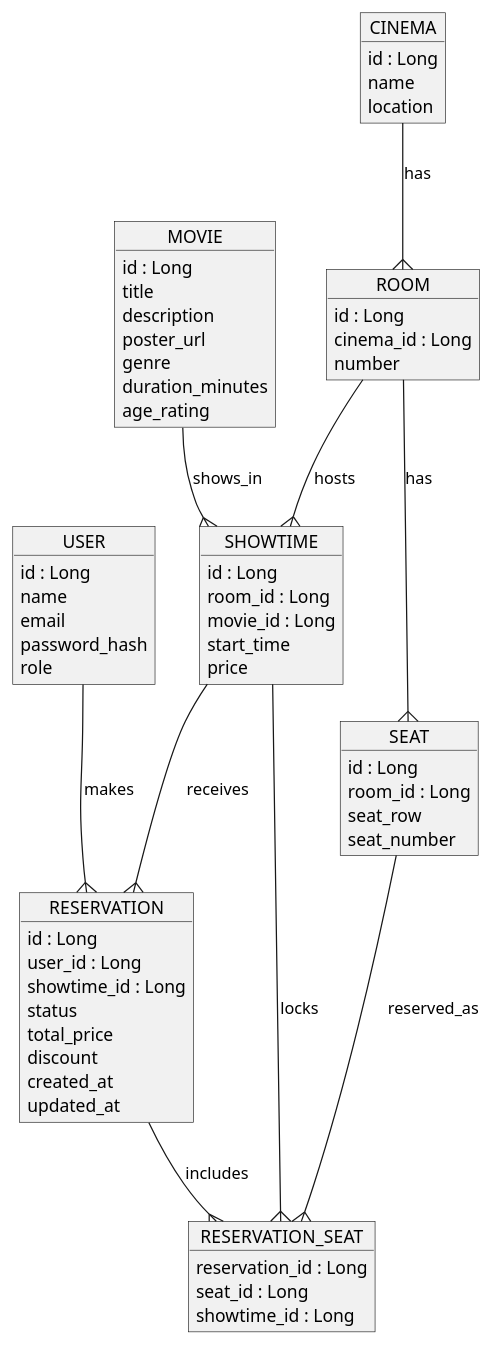
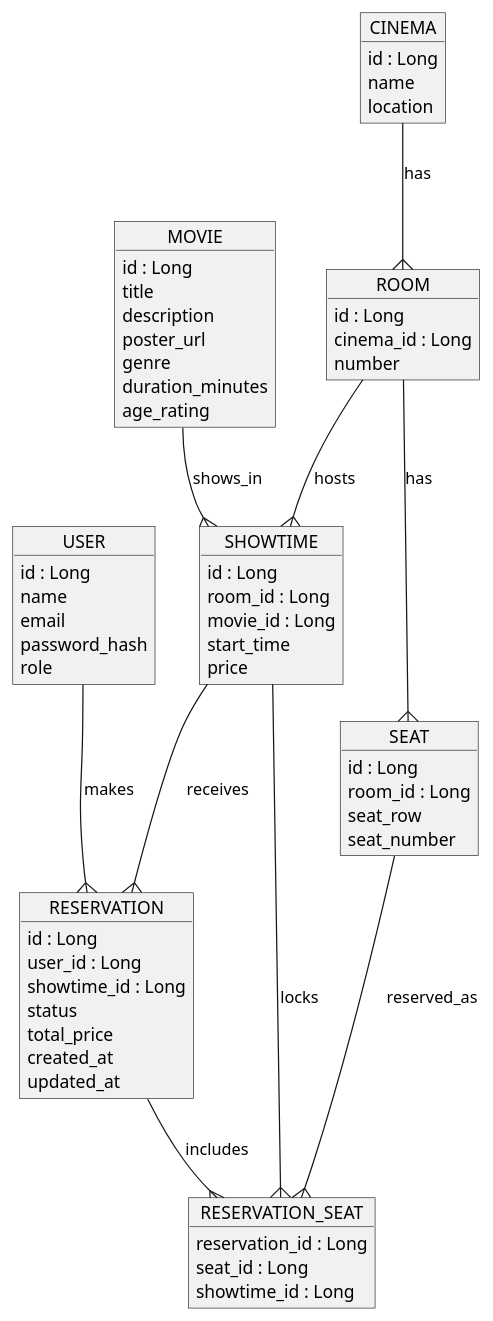
The diagram in docs/er-diagram..puml (hugobumba/cinema-system), drawn with PlantUML before and after one commit. The commit also changed 4 other files, not shown here.

```diff
--- a/docs/er-diagram..puml
+++ b/docs/er-diagram..puml
@@ -2,75 +2,74 @@
 @startuml
 
 object USER {
     id : Long
     name
     email
     password_hash
     role
 }
 
 object CINEMA {
     id : Long
     name
     location
 }
 
 object ROOM {
     id : Long
     cinema_id : Long
     number
 }
 
 object SEAT {
     id : Long
     room_id : Long
     seat_row
     seat_number
 }
 
 object MOVIE {
     id : Long
     title
     description
     poster_url
     genre
     duration_minutes
     age_rating
 }
 
 object SHOWTIME {
     id : Long
     room_id : Long
     movie_id : Long
     start_time
     price
 }
 
 object RESERVATION {
     id : Long
     user_id : Long
     showtime_id : Long
     status
     total_price
-    discount
     created_at
     updated_at
 }
 
 object RESERVATION_SEAT {
     reservation_id : Long
     seat_id : Long
     showtime_id : Long
 }
 
 USER --{ RESERVATION : makes
 CINEMA --{ ROOM : has
 ROOM --{ SEAT : has
 ROOM --{ SHOWTIME : hosts
 MOVIE --{ SHOWTIME : shows_in
 SHOWTIME --{ RESERVATION : receives
 RESERVATION --{ RESERVATION_SEAT : includes
 SEAT --{ RESERVATION_SEAT : reserved_as
 SHOWTIME --{ RESERVATION_SEAT : locks
 
 @enduml
```
